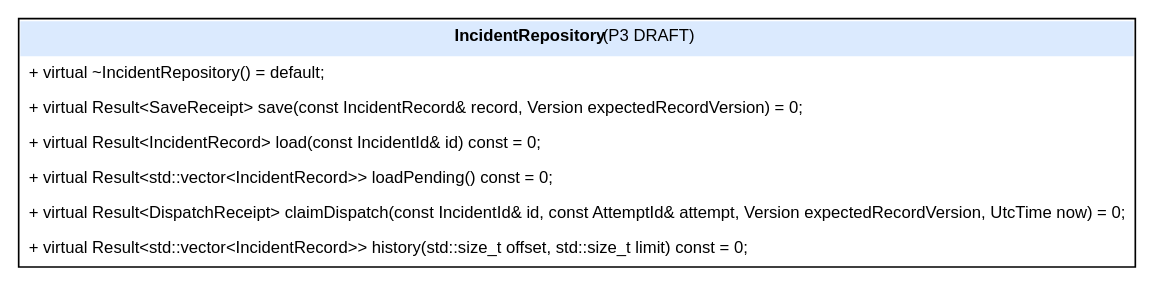
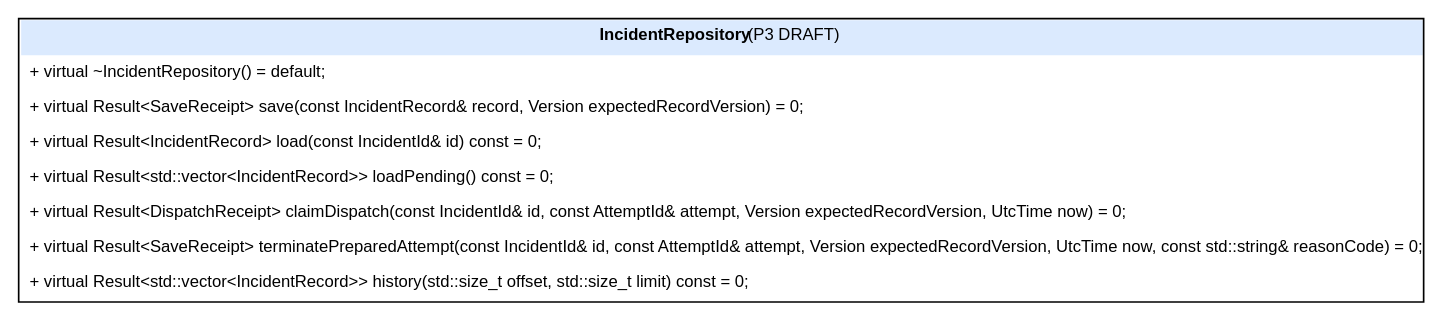
The diagram in docs/design-proposals/Rivive_Shield_UML_Proposal_P3/diagrams/IncidentRepository.dot (1UsamaShmasneh1/Rivive_Shield), drawn with Graphviz before and after one commit. The commit also changed 19 other files, not shown here.

```diff
--- a/docs/design-proposals/Rivive_Shield_UML_Proposal_P3/diagrams/IncidentRepository.dot
+++ b/docs/design-proposals/Rivive_Shield_UML_Proposal_P3/diagrams/IncidentRepository.dot
@@ -1,1 +1,1 @@
-digraph G { graph [bgcolor="white"]; node [shape=plain fontname="Arial" fontsize=10]; c [label=<<TABLE BORDER="1" CELLBORDER="0" CELLSPACING="0" CELLPADDING="5"><TR><TD BGCOLOR="#dbeafe"><B>IncidentRepository</B> (P3 DRAFT)</TD></TR><TR><TD ALIGN="LEFT">+ virtual ~IncidentRepository() = default;</TD></TR><TR><TD ALIGN="LEFT">+ virtual Result&lt;SaveReceipt&gt; save(const IncidentRecord&amp; record, Version expectedRecordVersion) = 0;</TD></TR><TR><TD ALIGN="LEFT">+ virtual Result&lt;IncidentRecord&gt; load(const IncidentId&amp; id) const = 0;</TD></TR><TR><TD ALIGN="LEFT">+ virtual Result&lt;std::vector&lt;IncidentRecord&gt;&gt; loadPending() const = 0;</TD></TR><TR><TD ALIGN="LEFT">+ virtual Result&lt;DispatchReceipt&gt; claimDispatch(const IncidentId&amp; id, const AttemptId&amp; attempt, Version expectedRecordVersion, UtcTime now) = 0;</TD></TR><TR><TD ALIGN="LEFT">+ virtual Result&lt;std::vector&lt;IncidentRecord&gt;&gt; history(std::size_t offset, std::size_t limit) const = 0;</TD></TR></TABLE>>]; }
+digraph G { graph [bgcolor="white"]; node [shape=plain fontname="Arial" fontsize=10]; c [label=<<TABLE BORDER="1" CELLBORDER="0" CELLSPACING="0" CELLPADDING="5"><TR><TD BGCOLOR="#dbeafe"><B>IncidentRepository</B> (P3 DRAFT)</TD></TR><TR><TD ALIGN="LEFT">+ virtual ~IncidentRepository() = default;</TD></TR><TR><TD ALIGN="LEFT">+ virtual Result&lt;SaveReceipt&gt; save(const IncidentRecord&amp; record, Version expectedRecordVersion) = 0;</TD></TR><TR><TD ALIGN="LEFT">+ virtual Result&lt;IncidentRecord&gt; load(const IncidentId&amp; id) const = 0;</TD></TR><TR><TD ALIGN="LEFT">+ virtual Result&lt;std::vector&lt;IncidentRecord&gt;&gt; loadPending() const = 0;</TD></TR><TR><TD ALIGN="LEFT">+ virtual Result&lt;DispatchReceipt&gt; claimDispatch(const IncidentId&amp; id, const AttemptId&amp; attempt, Version expectedRecordVersion, UtcTime now) = 0;</TD></TR><TR><TD ALIGN="LEFT">+ virtual Result&lt;SaveReceipt&gt; terminatePreparedAttempt(const IncidentId&amp; id, const AttemptId&amp; attempt, Version expectedRecordVersion, UtcTime now, const std::string&amp; reasonCode) = 0;</TD></TR><TR><TD ALIGN="LEFT">+ virtual Result&lt;std::vector&lt;IncidentRecord&gt;&gt; history(std::size_t offset, std::size_t limit) const = 0;</TD></TR></TABLE>>]; }
```
